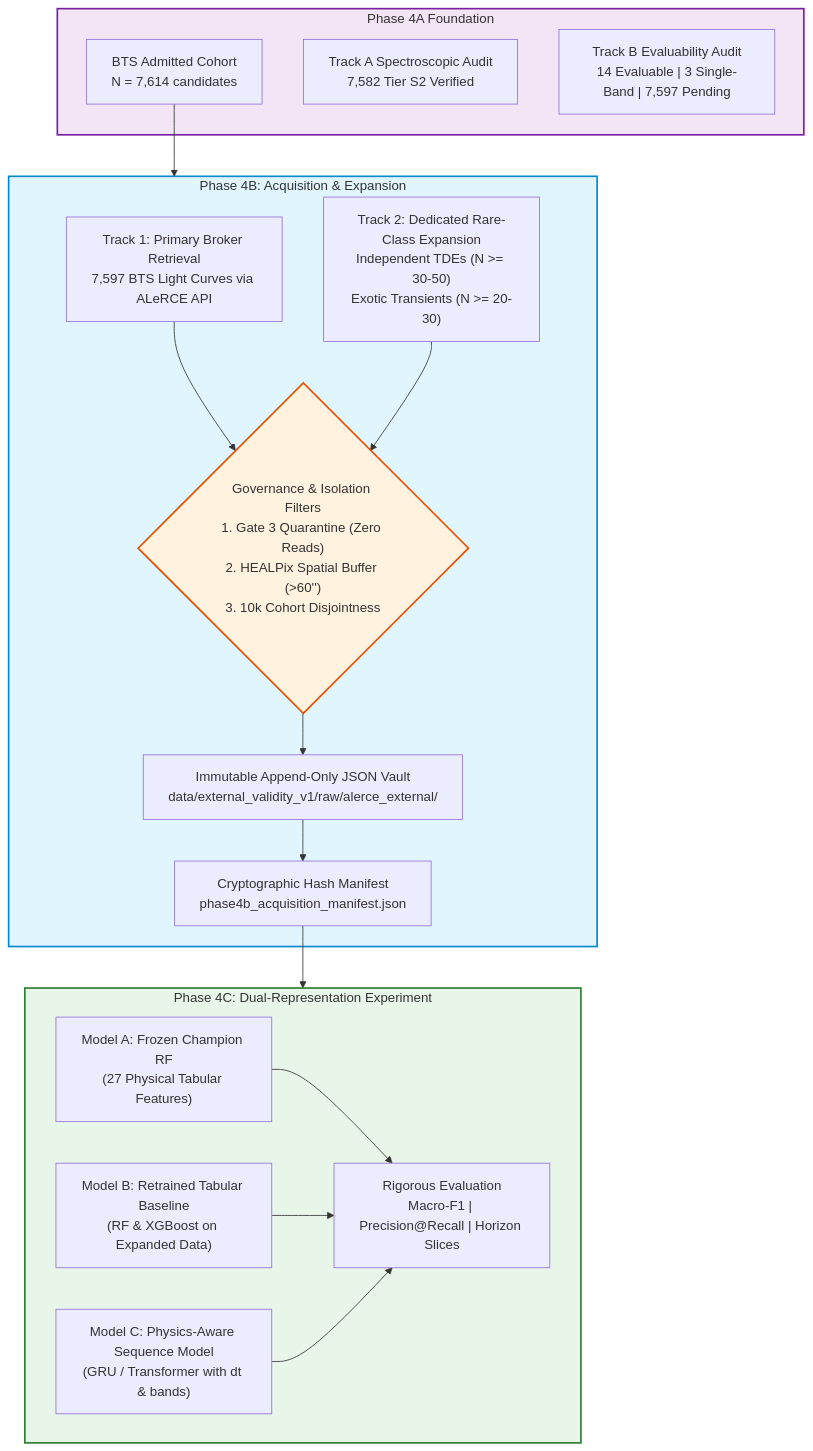
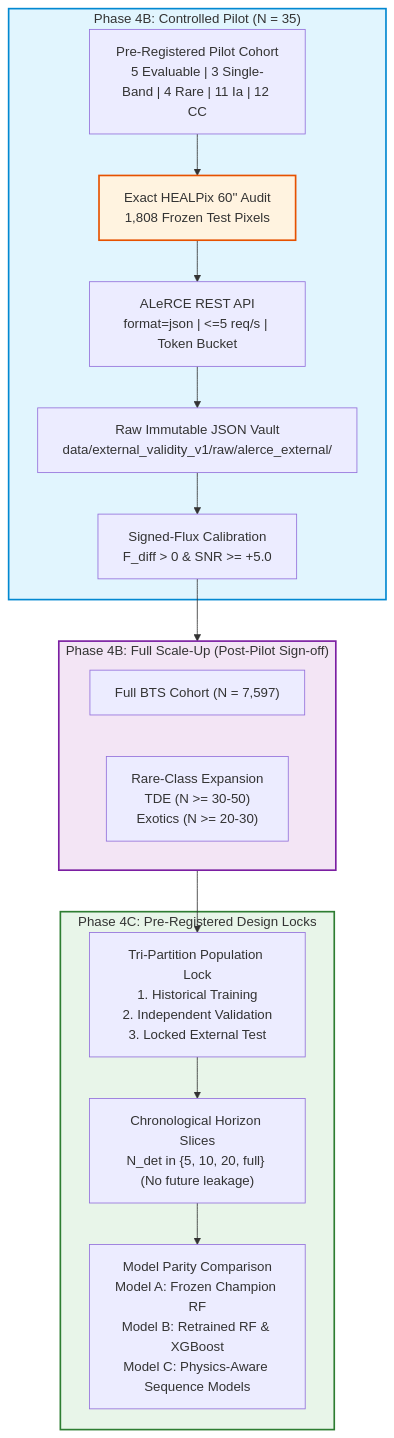
Before and after one commit to TEKURU-ZENO/ASTRAEUS: the diagram in experiments/gate4b_broker_acquisition_and_cohort_expansion/GATE_4B_BROKER_ACQUISITION_AND_COHORT_EXPANSION_PROTOCOL.md, drawn with Mermaid. The commit also changed other lines of this file and 6 other files, not shown here.

Commit message:
feat(gate-4b): resolve scientific review qualifications, establish exact HEALPix spatial audit, and pre-register 35-candidate pilot

````diff
--- a/experiments/gate4b_broker_acquisition_and_cohort_expansion/GATE_4B_BROKER_ACQUISITION_AND_COHORT_EXPANSION_PROTOCOL.md
+++ b/experiments/gate4b_broker_acquisition_and_cohort_expansion/GATE_4B_BROKER_ACQUISITION_AND_COHORT_EXPANSION_PROTOCOL.md
@@ -29,39 +25,31 @@
 ```mermaid
 flowchart TD
-    subgraph P4A["Phase 4A Foundation"]
-        BTS["BTS Admitted Cohort<br/>N = 7,614 candidates"]
-        SPEC["Track A Spectroscopic Audit<br/>7,582 Tier S2 Verified"]
-        LC_EVAL["Track B Evaluability Audit<br/>14 Evaluable | 3 Single-Band | 7,597 Pending"]
+    subgraph P4B_PILOT["Phase 4B: Controlled Pilot (N = 35)"]
+        PILOT_SPEC["Pre-Registered Pilot Cohort<br/>5 Evaluable | 3 Single-Band | 4 Rare | 11 Ia | 12 CC"]
+        HP_AUDIT["Exact HEALPix 60'' Audit<br/>1,808 Frozen Test Pixels"]
+        ALERCE_API["ALeRCE REST API<br/>format=json | <=5 req/s | Token Bucket"]
+        RAW_VAULT["Raw Immutable JSON Vault<br/>data/external_validity_v1/raw/alerce_external/"]
+        SNR_CALIB["Signed-Flux Calibration<br/>F_diff > 0 & SNR >= +5.0"]
     end
 
-    subgraph P4B["Phase 4B: Acquisition & Expansion"]
-        T1["Track 1: Primary Broker Retrieval<br/>7,597 BTS Light Curves via ALeRCE API"]
-        T2["Track 2: Dedicated Rare-Class Expansion<br/>Independent TDEs (N >= 30-50)<br/>Exotic Transients (N >= 20-30)"]
-        
-        GOV{"Governance & Isolation Filters<br/>1. Gate 3 Quarantine (Zero Reads)<br/>2. HEALPix Spatial Buffer (>60'')<br/>3. 10k Cohort Disjointness"}
-        
-        STOR["Immutable Append-Only JSON Vault<br/>data/external_validity_v1/raw/alerce_external/"]
-        MAN["Cryptographic Hash Manifest<br/>phase4b_acquisition_manifest.json"]
+    subgraph P4B_SCALE["Phase 4B: Full Scale-Up (Post-Pilot Sign-off)"]
+        FULL_COHORT["Full BTS Cohort (N = 7,597)"]
+        RARE_EXP["Rare-Class Expansion<br/>TDE (N >= 30-50)<br/>Exotics (N >= 20-30)"]
     end
 
-    subgraph P4C["Phase 4C: Dual-Representation Experiment"]
-        MOD_A["Model A: Frozen Champion RF<br/>(27 Physical Tabular Features)"]
-        MOD_B["Model B: Retrained Tabular Baseline<br/>(RF & XGBoost on Expanded Data)"]
-        MOD_C["Model C: Physics-Aware Sequence Model<br/>(GRU / Transformer with dt & bands)"]
-        EVAL["Rigorous Evaluation<br/>Macro-F1 | Precision@Recall | Horizon Slices"]
+    subgraph P4C_LOCKS["Phase 4C: Pre-Registered Design Locks"]
+        TRI_POP["Tri-Partition Population Lock<br/>1. Historical Training<br/>2. Independent Validation<br/>3. Locked External Test"]
+        HORIZONS["Chronological Horizon Slices<br/>N_det in {5, 10, 20, full} (No future leakage)"]
+        MODELS["Model Parity Comparison<br/>Model A: Frozen Champion RF<br/>Model B: Retrained RF & XGBoost<br/>Model C: Physics-Aware Sequence Models"]
     end
 
-    BTS --> P4B
-    T1 --> GOV
-    T2 --> GOV
-    GOV --> STOR --> MAN
-    MAN --> P4C
-    MOD_A --> EVAL
-    MOD_B --> EVAL
-    MOD_C --> EVAL
+    PILOT_SPEC --> HP_AUDIT --> ALERCE_API --> RAW_VAULT --> SNR_CALIB
+    SNR_CALIB --> P4B_SCALE
+    P4B_SCALE --> TRI_POP
+    TRI_POP --> HORIZONS --> MODELS
 
-    style P4A fill:#f3e5f5,stroke:#7b1fa2,stroke-width:2px
-    style P4B fill:#e1f5fe,stroke:#0288d1,stroke-width:2px
-    style P4C fill:#e8f5e9,stroke:#2e7d32,stroke-width:2px
-    style GOV fill:#fff3e0,stroke:#e65100,stroke-width:2px
+    style P4B_PILOT fill:#e1f5fe,stroke:#0288d1,stroke-width:2px
+    style P4B_SCALE fill:#f3e5f5,stroke:#7b1fa2,stroke-width:2px
+    style P4C_LOCKS fill:#e8f5e9,stroke:#2e7d32,stroke-width:2px
+    style HP_AUDIT fill:#fff3e0,stroke:#e65100,stroke-width:2px
 ```
````
